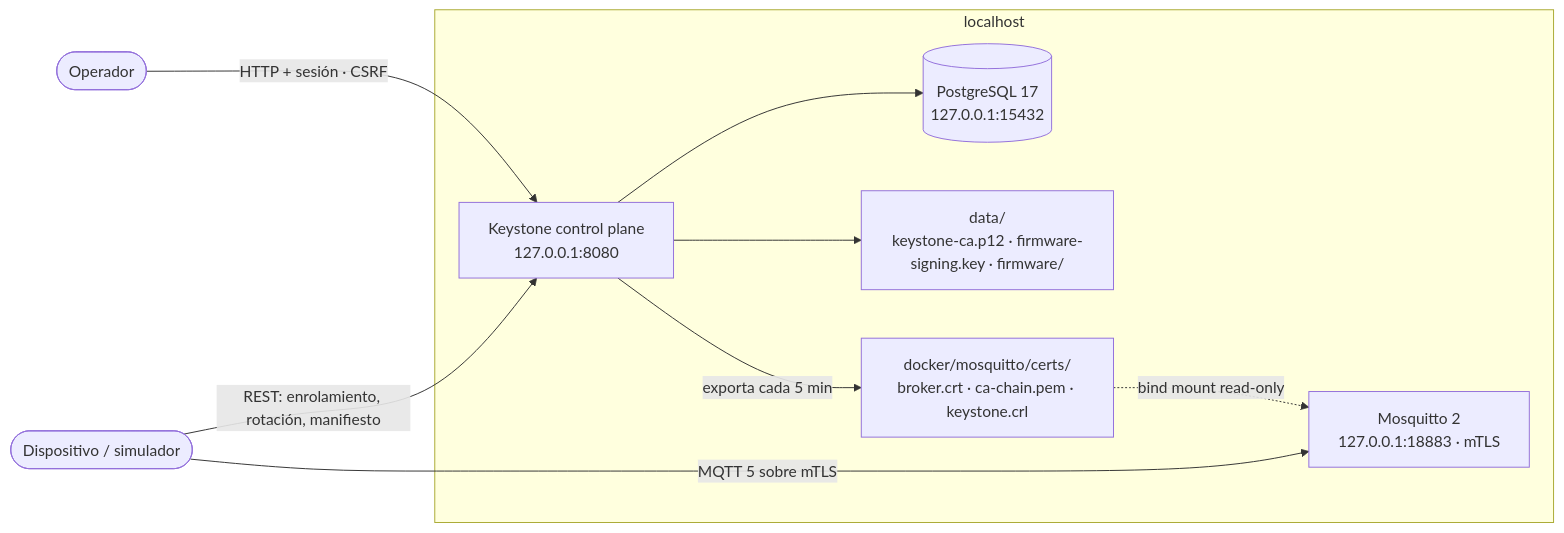
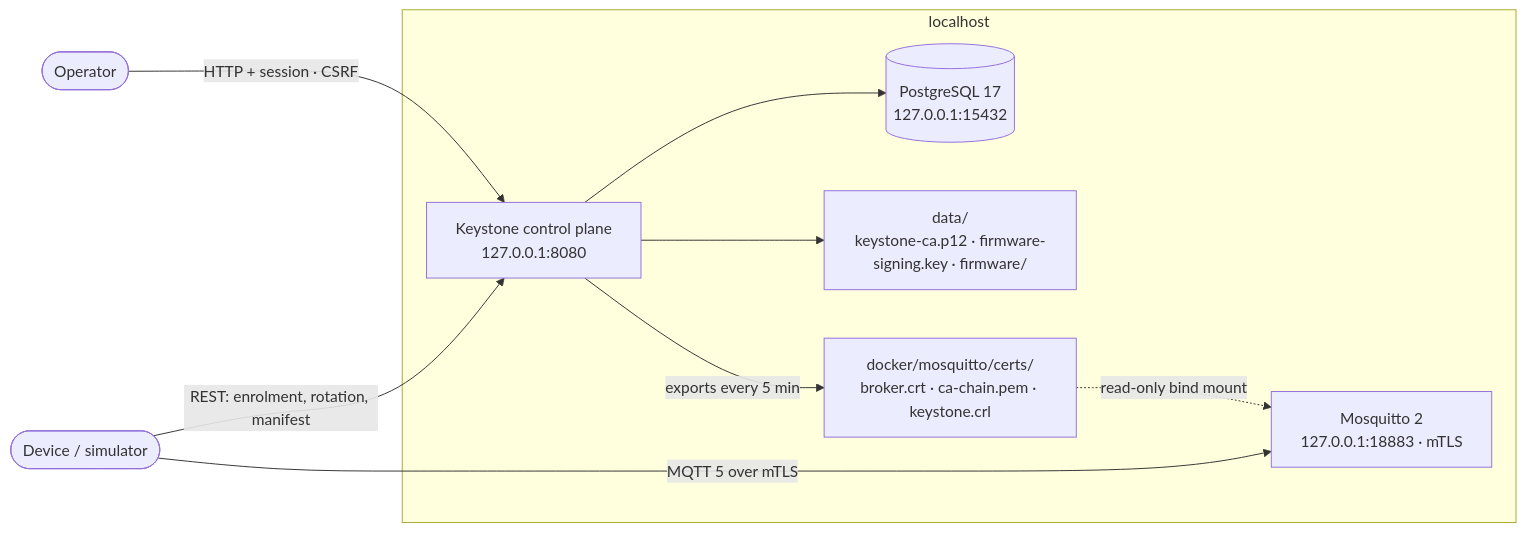
The third of 9 diagrams in README.md (Zoel-Manchon/keystone-control-plane), drawn with Mermaid before and after one commit. The commit also changed other lines of this file, not shown here.

First line of the commit message:
docs: rewrite the README in English, around the architecture

````diff
--- a/README.md
+++ b/README.md
@@ -128,21 +116,21 @@
 ```mermaid
 flowchart LR
-    OP(["Operador"])
-    DEV(["Dispositivo / simulador"])
+    OP(["Operator"])
+    DEV(["Device / simulator"])
 
     subgraph HOST["localhost"]
         KS["Keystone control plane<br/>127.0.0.1:8080"]
         PG[("PostgreSQL 17<br/>127.0.0.1:15432")]
         MQ["Mosquitto 2<br/>127.0.0.1:18883 · mTLS"]
         FS["data/<br/>keystone-ca.p12 · firmware-signing.key · firmware/"]
         CERTS["docker/mosquitto/certs/<br/>broker.crt · ca-chain.pem · keystone.crl"]
     end
 
-    OP -->|"HTTP + sesión · CSRF"| KS
-    DEV -->|"REST: enrolamiento, rotación, manifiesto"| KS
-    DEV -->|"MQTT 5 sobre mTLS"| MQ
+    OP -->|"HTTP + session · CSRF"| KS
+    DEV -->|"REST: enrolment, rotation, manifest"| KS
+    DEV -->|"MQTT 5 over mTLS"| MQ
     KS --> PG
     KS --> FS
-    KS -->|"exporta cada 5 min"| CERTS
-    CERTS -.->|"bind mount read-only"| MQ
+    KS -->|"exports every 5 min"| CERTS
+    CERTS -.->|"read-only bind mount"| MQ
 ```
````
